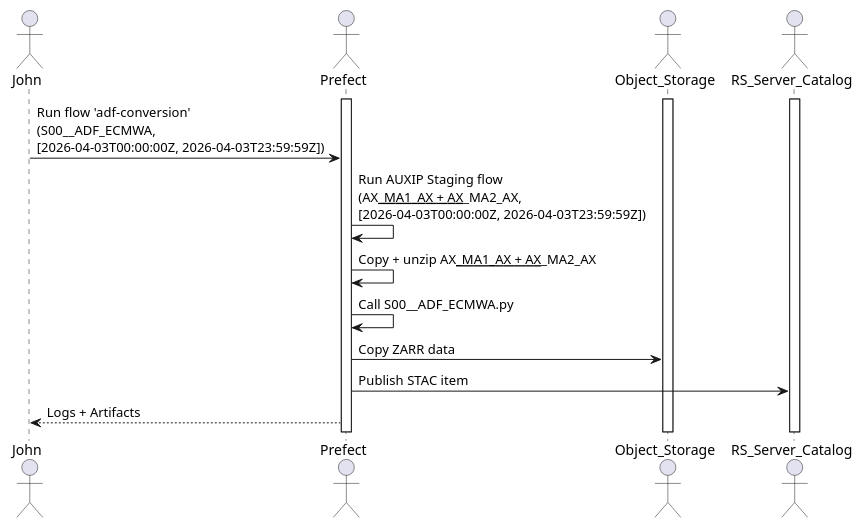
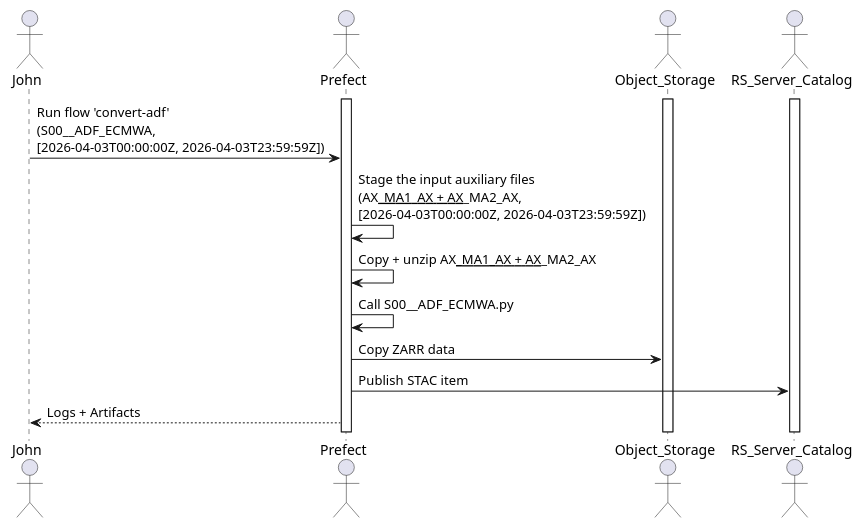
One commit to RS-PYTHON/rs-client-libraries changed the diagram in docs/uml/aux-conversion.plantuml. Above: the diagram before and after it, drawn with PlantUML. The commit also changed 31 other files, not shown here.

First line of the commit message:
RSPY-954: Update the rs-client-libraries and Prefect flows documentation

```diff
--- a/docs/uml/aux-conversion.plantuml
+++ b/docs/uml/aux-conversion.plantuml
@@ -15,27 +15,27 @@
 @startuml aux-conversion
 
 actor John
 
 actor Prefect
 actor Object_Storage as Obs
 actor RS_Server_Catalog as Catalog
 
 activate Prefect
 activate Obs
 activate Catalog
 
-John -> Prefect: Run flow 'adf-conversion'\n(S00__ADF_ECMWA,\n[2026-04-03T00:00:00Z, 2026-04-03T23:59:59Z])
+John -> Prefect: Run flow 'convert-adf'\n(S00__ADF_ECMWA,\n[2026-04-03T00:00:00Z, 2026-04-03T23:59:59Z])
 
-Prefect -> Prefect: Run AUXIP Staging flow\n(AX___MA1_AX + AX___MA2_AX,\n[2026-04-03T00:00:00Z, 2026-04-03T23:59:59Z])
+Prefect -> Prefect: Stage the input auxiliary files\n(AX___MA1_AX + AX___MA2_AX,\n[2026-04-03T00:00:00Z, 2026-04-03T23:59:59Z])
 
 Prefect -> Prefect: Copy + unzip AX___MA1_AX + AX___MA2_AX
 
 Prefect -> Prefect: Call S00__ADF_ECMWA.py
 
 Prefect -> Obs: Copy ZARR data
 
 Prefect -> Catalog: Publish STAC item
 
 Prefect --> John: Logs + Artifacts
 
 @enduml
```
